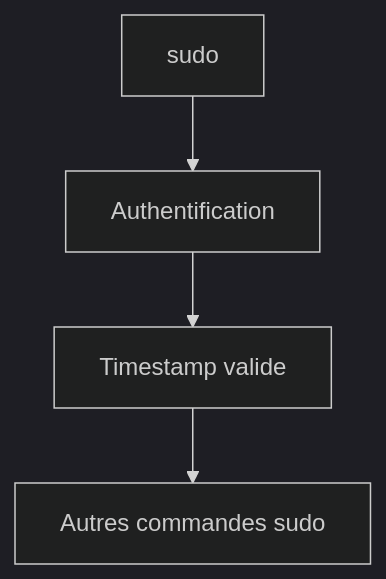
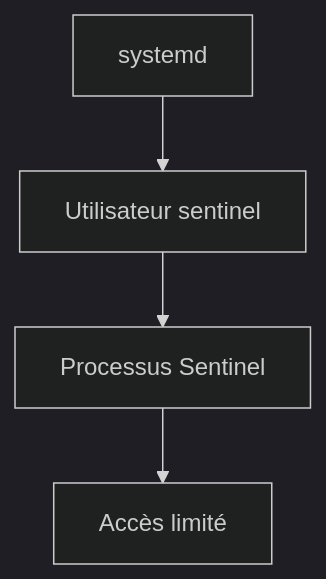
Diagram 18 of 21 in campagne 1/1.7.md (tdelaclos/formations), drawn with Mermaid (dark theme) before and after one commit. The commit also changed other lines of this file, not shown here.

````diff
--- a/campagne 1/1.7.md
+++ b/campagne 1/1.7.md
@@ -823,15 +1032,11 @@
 ```mermaid
 flowchart TD
 
-A["sudo"]
+A["systemd"]
 
-B["Authentification"]
+A --> B["Utilisateur sentinel"]
 
-C["Timestamp valide"]
+B --> C["Processus Sentinel"]
 
-D["Autres commandes sudo"]
-
-A --> B
-B --> C
-C --> D
+C --> D["Accès limité"]
 ```
````
